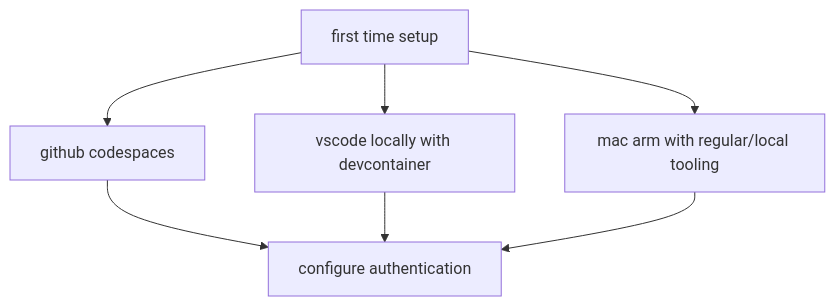
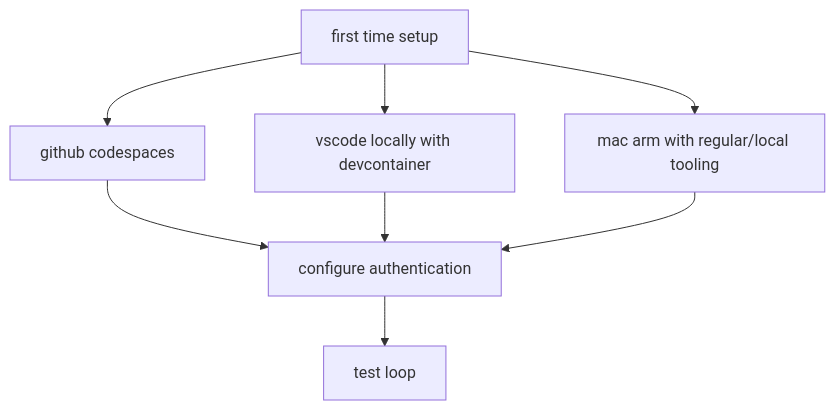
The fourth of 4 diagrams in README.md (jbartus/fastly-magento2-demo), drawn with Mermaid before and after one commit.

Commit message:
more flow

````diff
--- a/README.md
+++ b/README.md
@@ -51,9 +51,10 @@
 ```mermaid
 flowchart TD
   first[first time setup] --> codespace[github codespaces]
   first --> localdc[vscode locally with devcontainer]
   first --> mac[mac arm with regular/local tooling]
   codespace --> auth[configure authentication]
   localdc --> auth
   mac --> auth
+  auth -->test[test loop]
 ```
````
